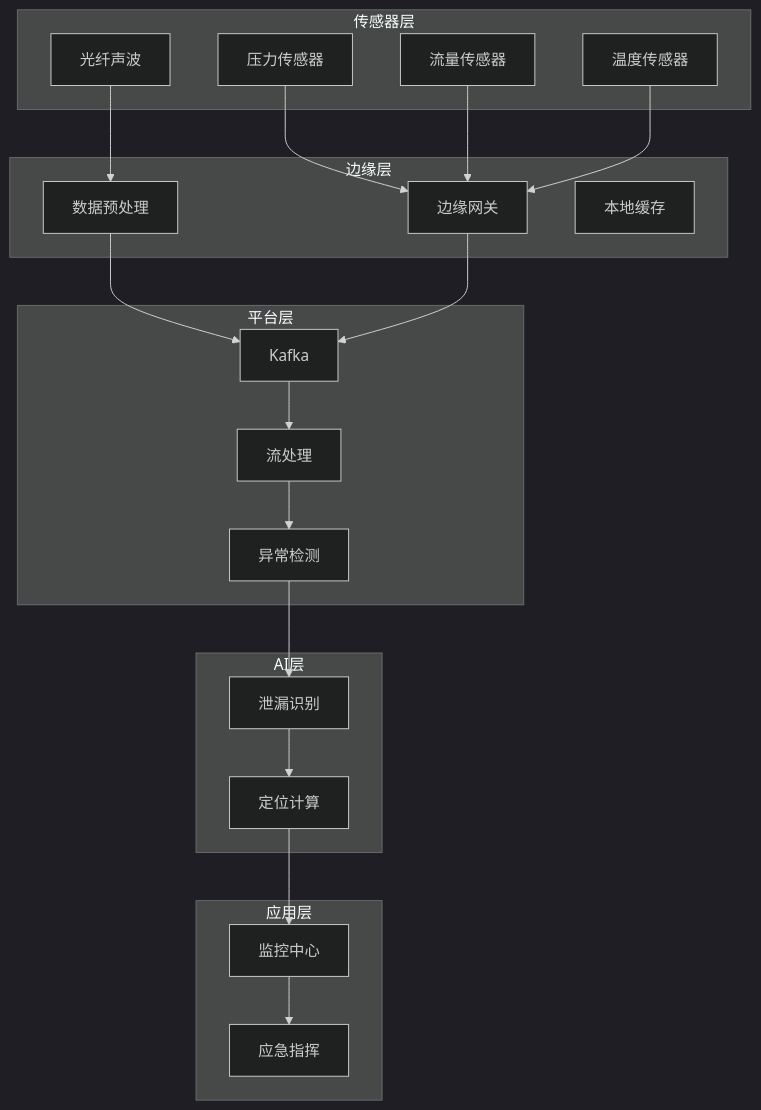
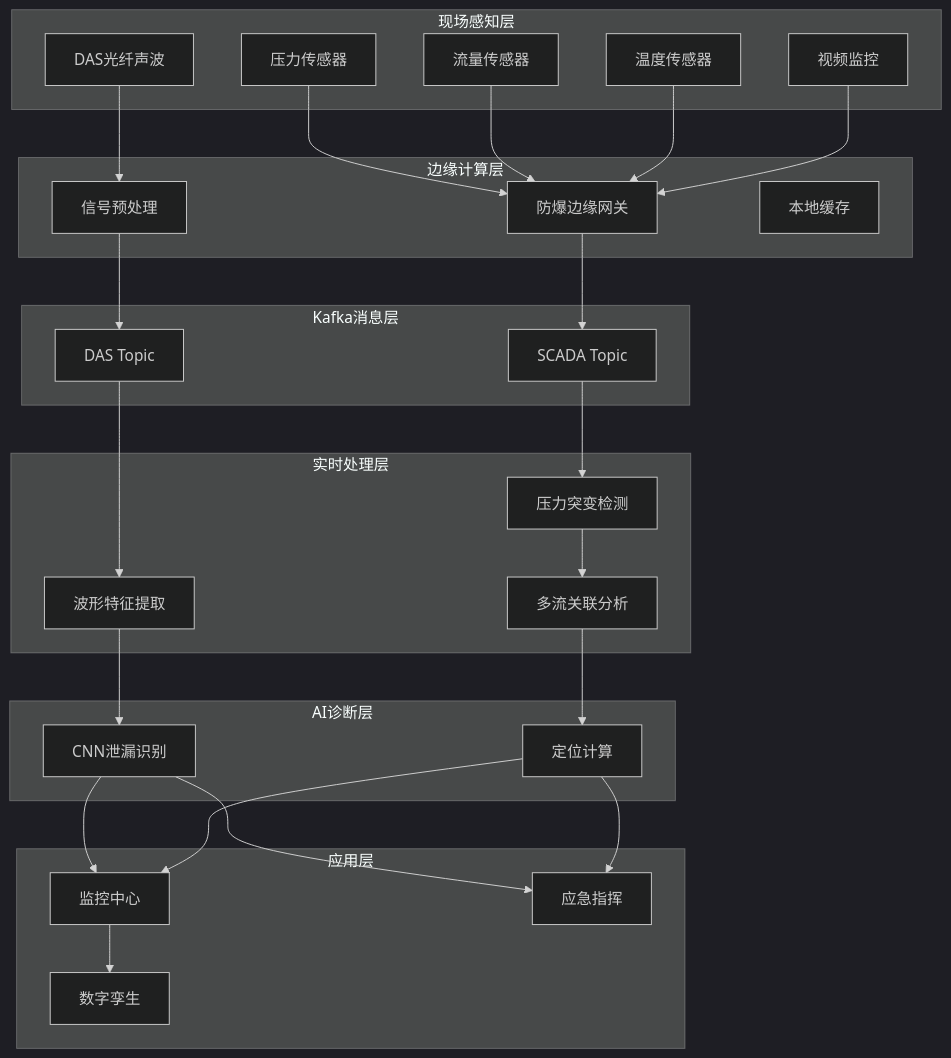
One commit to AdaMartin18010/AnalysisDataFlow changed the diagram in phase2-case-studies/petrochemical/11.8.1-pipeline-leak.md. Above: the diagram before and after it, drawn with Mermaid (dark theme). The commit also changed other lines of this file and 254 other files, not shown here.

````diff
--- a/phase2-case-studies/petrochemical/11.8.1-pipeline-leak.md
+++ b/phase2-case-studies/petrochemical/11.8.1-pipeline-leak.md
@@ -40,37 +143,39 @@
 ```mermaid
 graph TB
-    subgraph Sensors[传感器层]
-        S1[压力传感器]
-        S2[流量传感器]
-        S3[光纤声波]
+    subgraph Field[现场感知层]
+        S1[DAS光纤声波]
+        S2[压力传感器]
+        S3[流量传感器]
         S4[温度传感器]
+        S5[视频监控]
     end
-    
-    subgraph Edge[边缘层]
-        E1[边缘网关]
-        E2[数据预处理]
+    subgraph Edge[边缘计算层]
+        E1[防爆边缘网关]
+        E2[信号预处理]
         E3[本地缓存]
     end
-    
-    subgraph Platform[平台层]
-        K1[Kafka]
-        F1[流处理]
-        F2[异常检测]
+    subgraph Kafka[Kafka消息层]
+        K1[DAS Topic]
+        K2[SCADA Topic]
     end
-    
-    subgraph AI[AI层]
-        M1[泄漏识别]
-        M2[定位计算]
+    subgraph Flink[实时处理层]
+        F1[波形特征提取]
+        F2[压力突变检测]
+        F3[多流关联分析]
     end
-    
+    subgraph AI[AI诊断层]
+        A1[CNN泄漏识别]
+        A2[定位计算]
+    end
     subgraph App[应用层]
-        A1[监控中心]
-        A2[应急指挥]
+        APP1[监控中心]
+        APP2[应急指挥]
+        APP3[数字孪生]
     end
-    
-    S1 --> E1
-    S2 --> E1
-    S3 --> E2 --> K1
-    S4 --> E1
-    E1 --> K1 --> F1 --> F2 --> M1 --> M2 --> A1 --> A2
+    S1 --> E2 --> K1 --> F1 --> A1
+    S2 & S3 & S4 --> E1 --> K2 --> F2 --> F3 --> A2
+    S5 --> E1
+    A1 & A2 --> APP1 & APP2
+    APP1 --> APP3
+
 ```
````
